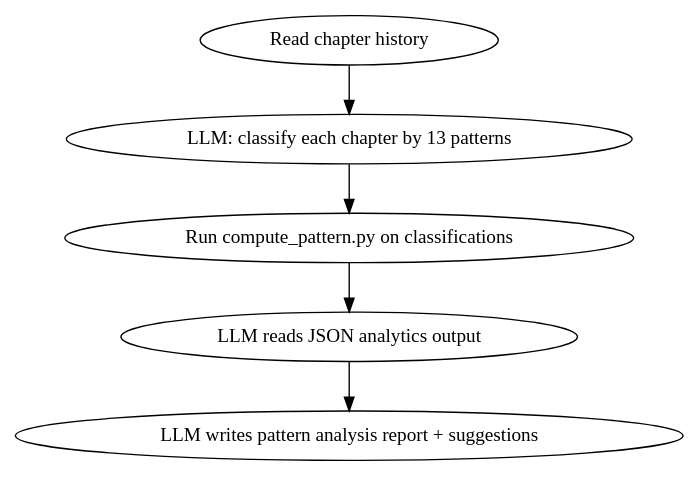
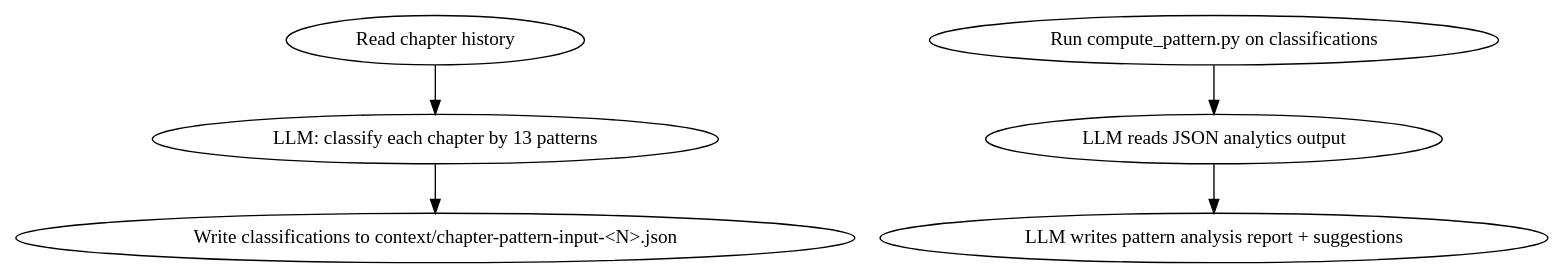
One commit to ThomasChangX/shenbi changed the diagram in skills/shenbi-chapter-pattern/SKILL.md. Above: the diagram before and after it, drawn with Graphviz. The commit also changed other lines of this file and 47 other files, not shown here.

````diff
--- a/skills/shenbi-chapter-pattern/SKILL.md
+++ b/skills/shenbi-chapter-pattern/SKILL.md
@@ -40,8 +42,8 @@
 ```dot
 digraph chapter_pattern {
     "Read chapter history" -> "LLM: classify each chapter by 13 patterns";
-    "LLM: classify each chapter by 13 patterns" -> "Run compute_pattern.py on classifications";
+    "LLM: classify each chapter by 13 patterns" -> "Write classifications to context/chapter-pattern-input-<N>.json";
     "Run compute_pattern.py on classifications" -> "LLM reads JSON analytics output";
     "LLM reads JSON analytics output" -> "LLM writes pattern analysis report + suggestions";
 }
 ```
````
